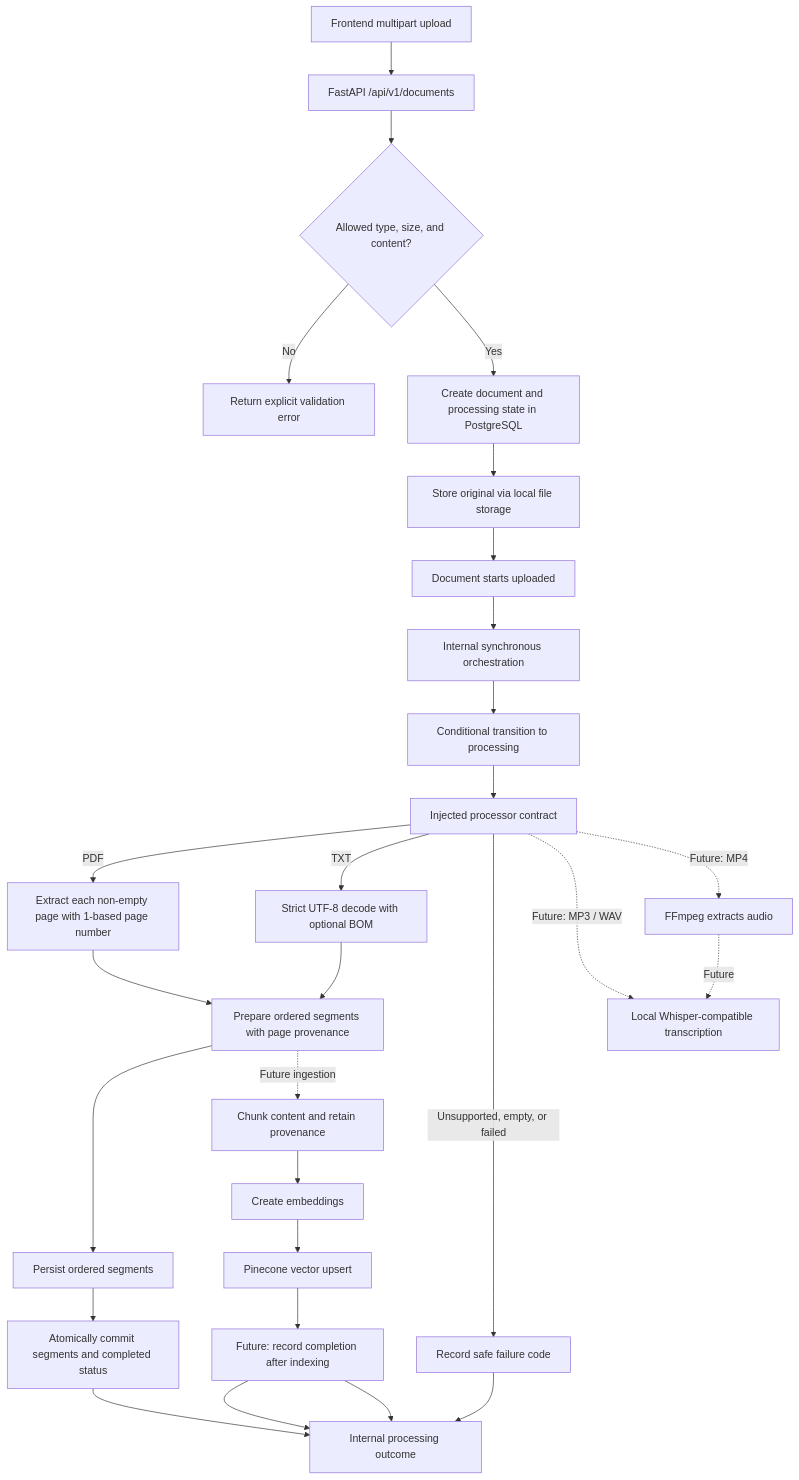
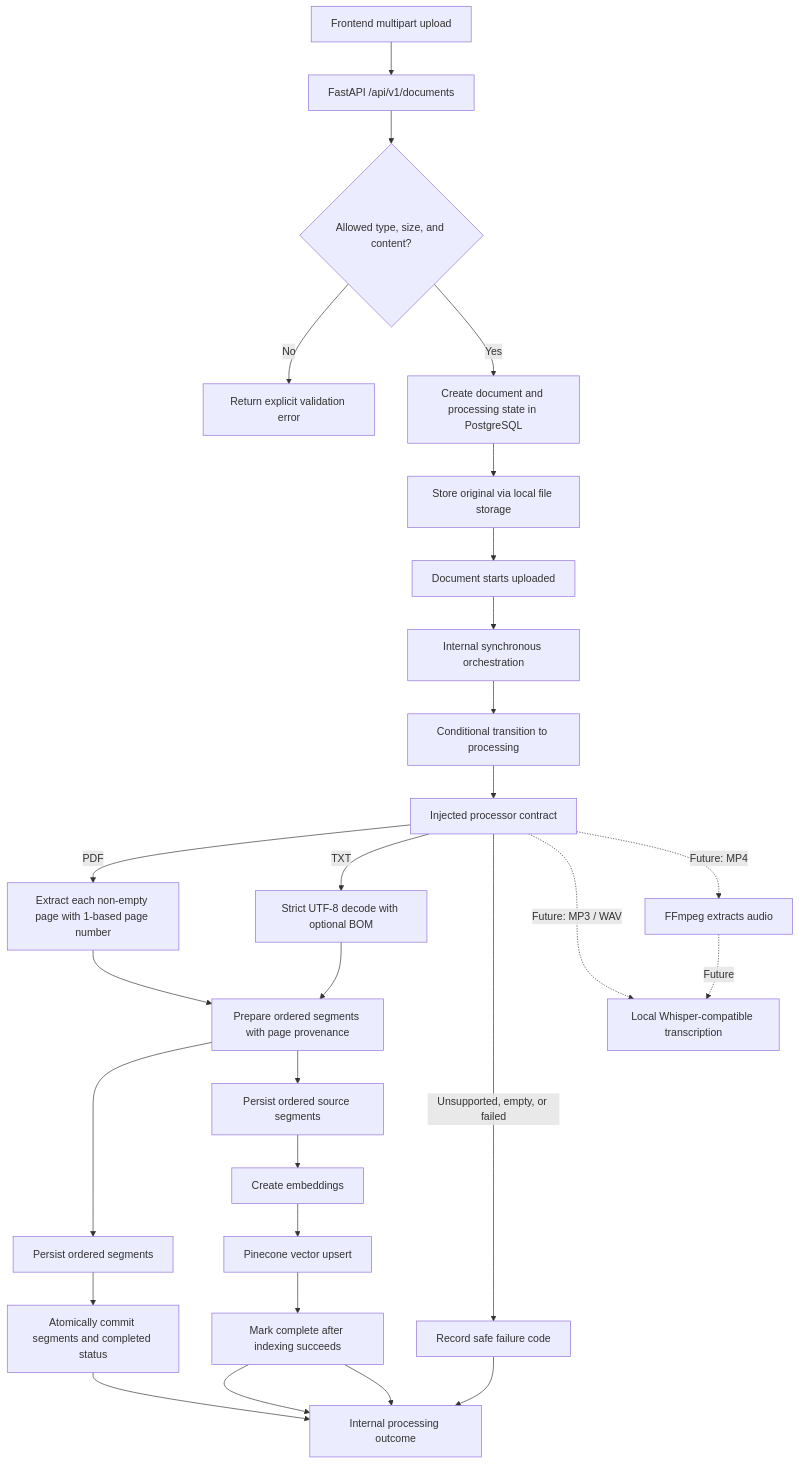
One commit to Vicky7632/cognify-ai changed the first of 2 diagrams in docs/DATA_FLOW.md. Above: the diagram before and after it, drawn with Mermaid. The commit also changed other lines of this file and 2 other files, not shown here.

Commit message:
feat: add Pinecone vector database integration foundation
Document the existing offline-tested Pinecone adapter, required settings, pre-provisioned index behavior, and live-integration limitations. Update ingestion docs to reflect current worker and indexing behavior.\n\nCo-authored-by: Copilot <223556219+Copilot@users.noreply.github.com>

````diff
--- a/docs/DATA_FLOW.md
+++ b/docs/DATA_FLOW.md
@@ -7,30 +7,30 @@
 ```mermaid
 flowchart TD
     Upload[Frontend multipart upload] --> API[FastAPI /api/v1/documents]
     API --> Validate{Allowed type, size, and content?}
     Validate -->|No| Reject[Return explicit validation error]
     Validate -->|Yes| Create[Create document and processing state in PostgreSQL]
     Create --> File[Store original via local file storage]
     File --> State[Document starts uploaded]
     State --> Orchestrator[Internal synchronous orchestration]
     Orchestrator --> Claim[Conditional transition to processing]
     Claim --> Processor[Injected processor contract]
     Processor -->|PDF| PDF[Extract each non-empty page with 1-based page number]
     Processor -->|TXT| TXT[Strict UTF-8 decode with optional BOM]
     Processor -->|Unsupported, empty, or failed| InternalFailed[Record safe failure code]
     PDF --> Normalize[Prepare ordered segments with page provenance]
     TXT --> Normalize
     Normalize --> PersistSegments[Persist ordered segments]
     PersistSegments --> InternalComplete[Atomically commit segments and completed status]
     Processor -. Future: MP3 / WAV .-> Audio[Local Whisper-compatible transcription]
     Processor -. Future: MP4 .-> ExtractAudio[FFmpeg extracts audio]
     ExtractAudio -. Future .-> Audio
-    Normalize -. Future ingestion .-> Chunk[Chunk content and retain provenance]
-    Chunk --> Embed[Create embeddings]
+    Normalize --> Segments[Persist ordered source segments]
+    Segments --> Embed[Create embeddings]
     Embed --> Persist[Pinecone vector upsert]
-    Persist --> CompletedWithIndex[Future: record completion after indexing]
-    CompletedWithIndex --> Result[Future ingestion status and source identifier]
+    Persist --> CompletedWithIndex[Mark complete after indexing succeeds]
+    CompletedWithIndex --> Result[Document status and source identifier]
     InternalComplete --> Result[Internal processing outcome]
     InternalFailed --> Result
     CompletedWithIndex --> Result
 ```
````
